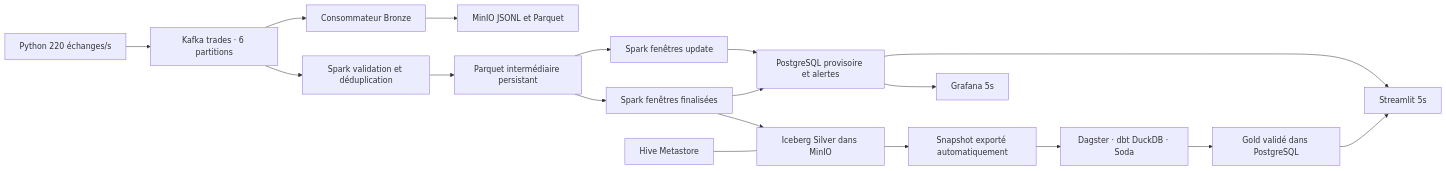
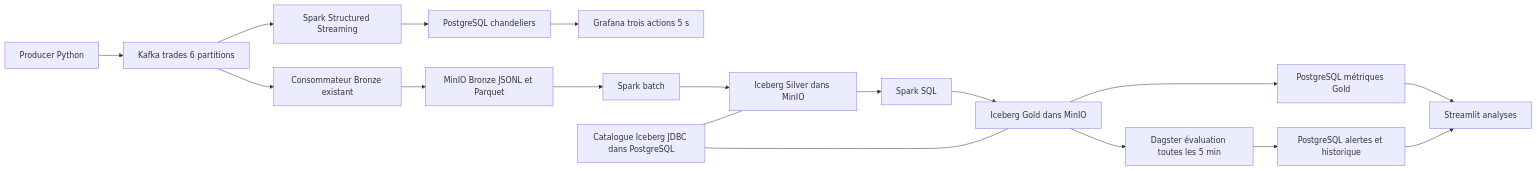
The diagram in README.md (D-HANANE/Finance), drawn with Mermaid before and after one commit. The commit also changed other lines of this file and 333 other files, not shown here.

````diff
--- a/README.md
+++ b/README.md
@@ -40,20 +29,20 @@
-```mermaid
+~~~mermaid
 flowchart LR
- P[Python 220 échanges/s] --> K[Kafka trades · 6 partitions]
- K --> B[Consommateur Bronze]
- B --> M[MinIO JSONL et Parquet]
- K --> V[Spark validation et déduplication]
- V --> S[Parquet intermédiaire persistant]
- S --> L[Spark fenêtres update]
- L --> PG[PostgreSQL provisoire et alertes]
- S --> F[Spark fenêtres finalisées]
- F --> I[Iceberg Silver dans MinIO]
- F --> PG
- H[Hive Metastore] --- I
- I --> E[Snapshot exporté automatiquement]
- E --> D[Dagster · dbt DuckDB · Soda]
- D --> G[Gold validé dans PostgreSQL]
- PG --> GR[Grafana 5s]
- PG --> ST[Streamlit 5s]
- G --> ST
-```
+ P[Producer Python] --> K[Kafka trades 6 partitions]
+ K --> SS[Spark Structured Streaming]
+ SS --> PG[PostgreSQL chandeliers]
+ PG --> GF[Grafana trois actions 5 s]
+ K --> B[Consommateur Bronze existant]
+ B --> M[MinIO Bronze JSONL et Parquet]
+ M --> BS[Spark batch]
+ BS --> SI[Iceberg Silver dans MinIO]
+ SI --> SQL[Spark SQL]
+ SQL --> GO[Iceberg Gold dans MinIO]
+ GO --> GS[PostgreSQL métriques Gold]
+ GS --> UI[Streamlit analyses]
+ GO --> A[Dagster évaluation toutes les 5 min]
+ A --> PA[PostgreSQL alertes et historique]
+ PA --> UI
+ CAT[Catalogue Iceberg JDBC dans PostgreSQL] --- SI
+ CAT --- GO
+~~~
````
